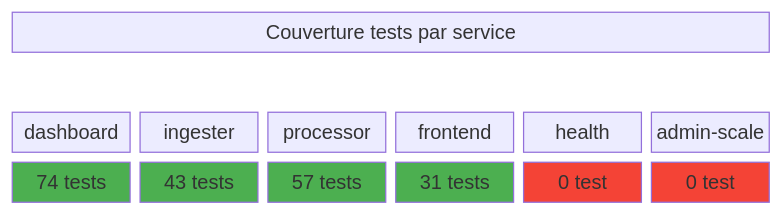
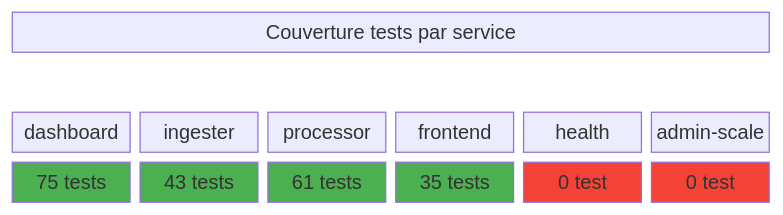
The sixth of 7 diagrams in docs/testing-overview.md (ClementV78/CloudRadar), drawn with Mermaid before and after one commit. The commit also changed other lines of this file and 6 other files, not shown here.

````diff
--- a/docs/testing-overview.md
+++ b/docs/testing-overview.md
@@ -252,15 +252,15 @@
 ```mermaid
 block-beta
   columns 6
   header["Couverture tests par service"]:6
   space:6
   A["dashboard"] B["ingester"] C["processor"] D["frontend"] E["health"] F["admin-scale"]
-  A1["74 tests"] B1["43 tests"] C1["57 tests"] D1["31 tests"] E1["0 test"] F1["0 test"]
+  A1["75 tests"] B1["43 tests"] C1["61 tests"] D1["35 tests"] E1["0 test"] F1["0 test"]
 
   style A1 fill:#4caf50,color:#fff
   style B1 fill:#4caf50,color:#fff
   style C1 fill:#4caf50,color:#fff
   style D1 fill:#4caf50,color:#fff
   style E1 fill:#f44336,color:#fff
   style F1 fill:#f44336,color:#fff
 ```
````
